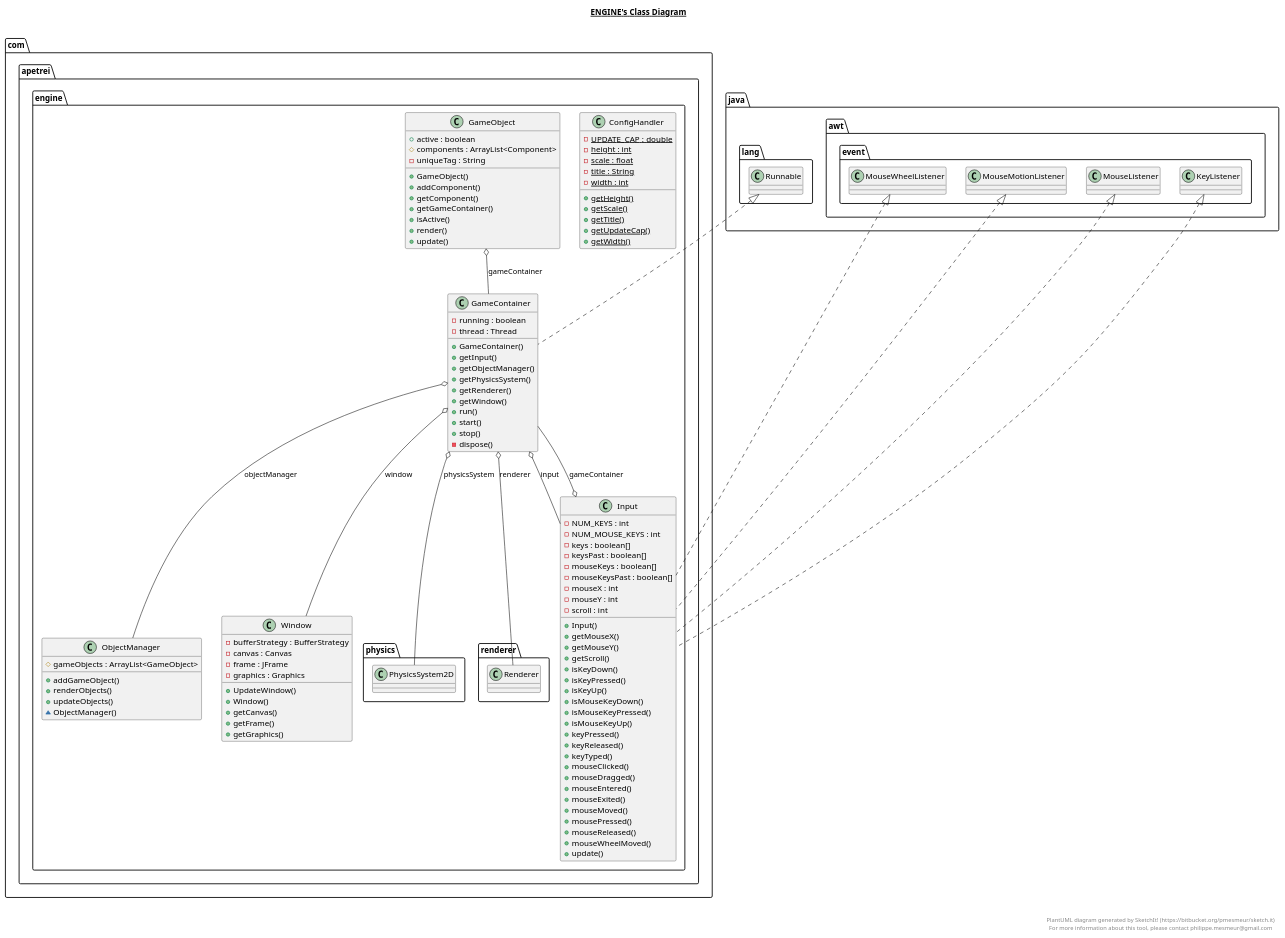
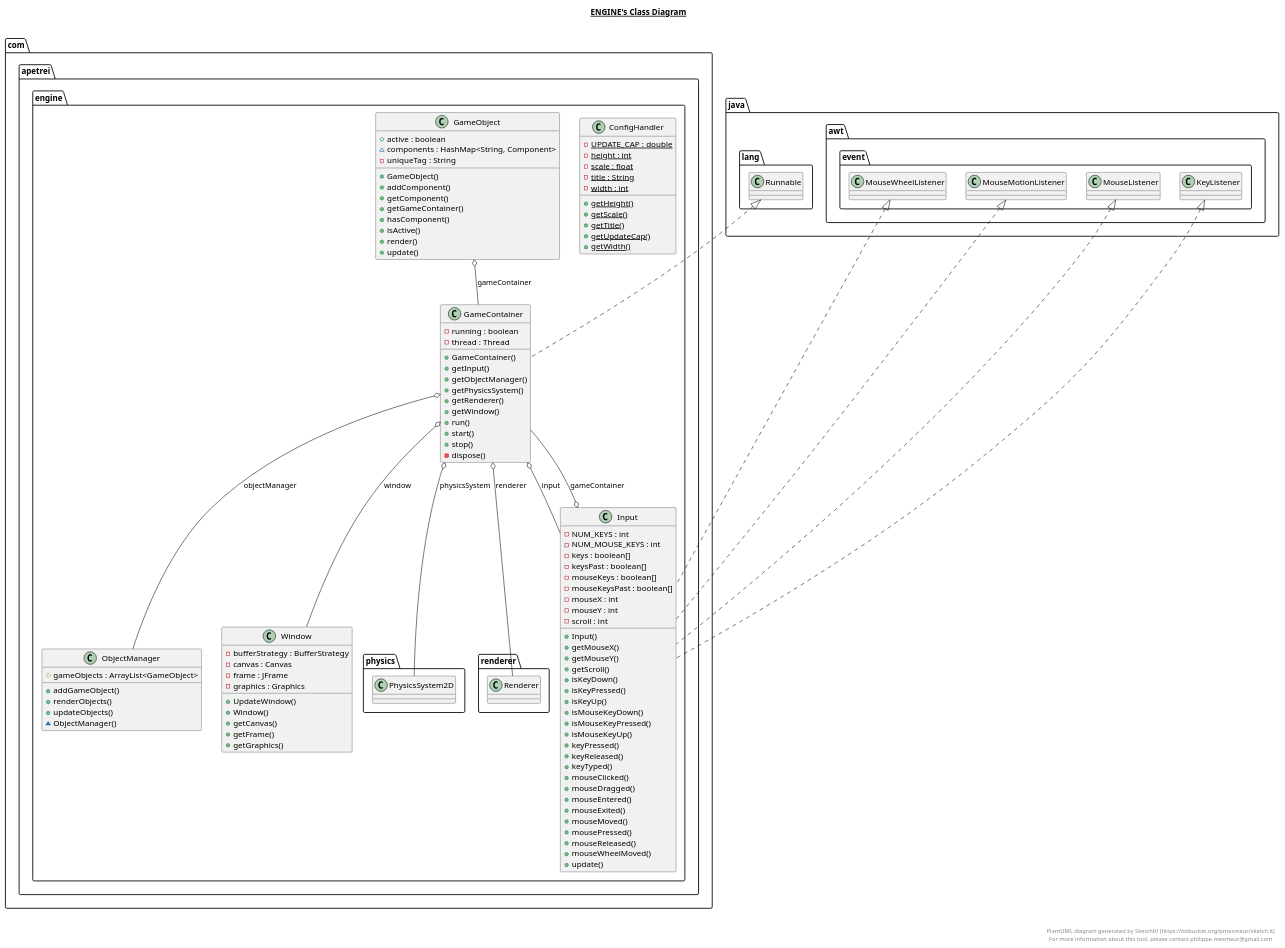
Before and after one commit to TheWiseWolfy/Wild-Sky: the diagram in src/com/apetrei/engine/engine.plantuml, drawn with PlantUML. The commit also changed 58 other files, not shown here.

```diff
--- a/src/com/apetrei/engine/engine.plantuml
+++ b/src/com/apetrei/engine/engine.plantuml
@@ -1,139 +1,140 @@
 @startuml
 
 title __ENGINE's Class Diagram__\n
 
   namespace com.apetrei.engine {
     class com.apetrei.engine.ConfigHandler {
         {static} - UPDATE_CAP : double
         {static} - height : int
         {static} - scale : float
         {static} - title : String
         {static} - width : int
         {static} + getHeight()
         {static} + getScale()
         {static} + getTitle()
         {static} + getUpdateCap()
         {static} + getWidth()
     }
   }
   
 
   namespace com.apetrei.engine {
     class com.apetrei.engine.GameContainer {
         - running : boolean
         - thread : Thread
         + GameContainer()
         + getInput()
         + getObjectManager()
         + getPhysicsSystem()
         + getRenderer()
         + getWindow()
         + run()
         + start()
         + stop()
         - dispose()
     }
   }
   
 
   namespace com.apetrei.engine {
     class com.apetrei.engine.GameObject {
         + active : boolean
-        # components : ArrayList<Component>
+        ~ components : HashMap<String, Component>
         - uniqueTag : String
         + GameObject()
         + addComponent()
         + getComponent()
         + getGameContainer()
+        + hasComponent()
         + isActive()
         + render()
         + update()
     }
   }
   
 
   namespace com.apetrei.engine {
     class com.apetrei.engine.Input {
         - NUM_KEYS : int
         - NUM_MOUSE_KEYS : int
         - keys : boolean[]
         - keysPast : boolean[]
         - mouseKeys : boolean[]
         - mouseKeysPast : boolean[]
         - mouseX : int
         - mouseY : int
         - scroll : int
         + Input()
         + getMouseX()
         + getMouseY()
         + getScroll()
         + isKeyDown()
         + isKeyPressed()
         + isKeyUp()
         + isMouseKeyDown()
         + isMouseKeyPressed()
         + isMouseKeyUp()
         + keyPressed()
         + keyReleased()
         + keyTyped()
         + mouseClicked()
         + mouseDragged()
         + mouseEntered()
         + mouseExited()
         + mouseMoved()
         + mousePressed()
         + mouseReleased()
         + mouseWheelMoved()
         + update()
     }
   }
   
 
   namespace com.apetrei.engine {
     class com.apetrei.engine.ObjectManager {
         # gameObjects : ArrayList<GameObject>
         + addGameObject()
         + renderObjects()
         + updateObjects()
         ~ ObjectManager()
     }
   }
   
 
   namespace com.apetrei.engine {
     class com.apetrei.engine.Window {
         - bufferStrategy : BufferStrategy
         - canvas : Canvas
         - frame : JFrame
         - graphics : Graphics
         + UpdateWindow()
         + Window()
         + getCanvas()
         + getFrame()
         + getGraphics()
     }
   }
   
 
   com.apetrei.engine.GameContainer .up.|> java.lang.Runnable
   com.apetrei.engine.GameContainer o-- com.apetrei.engine.Input : input
   com.apetrei.engine.GameContainer o-- com.apetrei.engine.ObjectManager : objectManager
   com.apetrei.engine.GameContainer o-- com.apetrei.engine.physics.PhysicsSystem2D : physicsSystem
   com.apetrei.engine.GameContainer o-- com.apetrei.engine.renderer.Renderer : renderer
   com.apetrei.engine.GameContainer o-- com.apetrei.engine.Window : window
   com.apetrei.engine.GameObject o-- com.apetrei.engine.GameContainer : gameContainer
   com.apetrei.engine.Input .up.|> java.awt.event.KeyListener
   com.apetrei.engine.Input .up.|> java.awt.event.MouseListener
   com.apetrei.engine.Input .up.|> java.awt.event.MouseMotionListener
   com.apetrei.engine.Input .up.|> java.awt.event.MouseWheelListener
   com.apetrei.engine.Input o-- com.apetrei.engine.GameContainer : gameContainer
 
 
 right footer
 
 
 PlantUML diagram generated by SketchIt! (https://bitbucket.org/pmesmeur/sketch.it)
 For more information about this tool, please contact philippe.mesmeur@gmail.com
 endfooter
 
 @enduml
```
